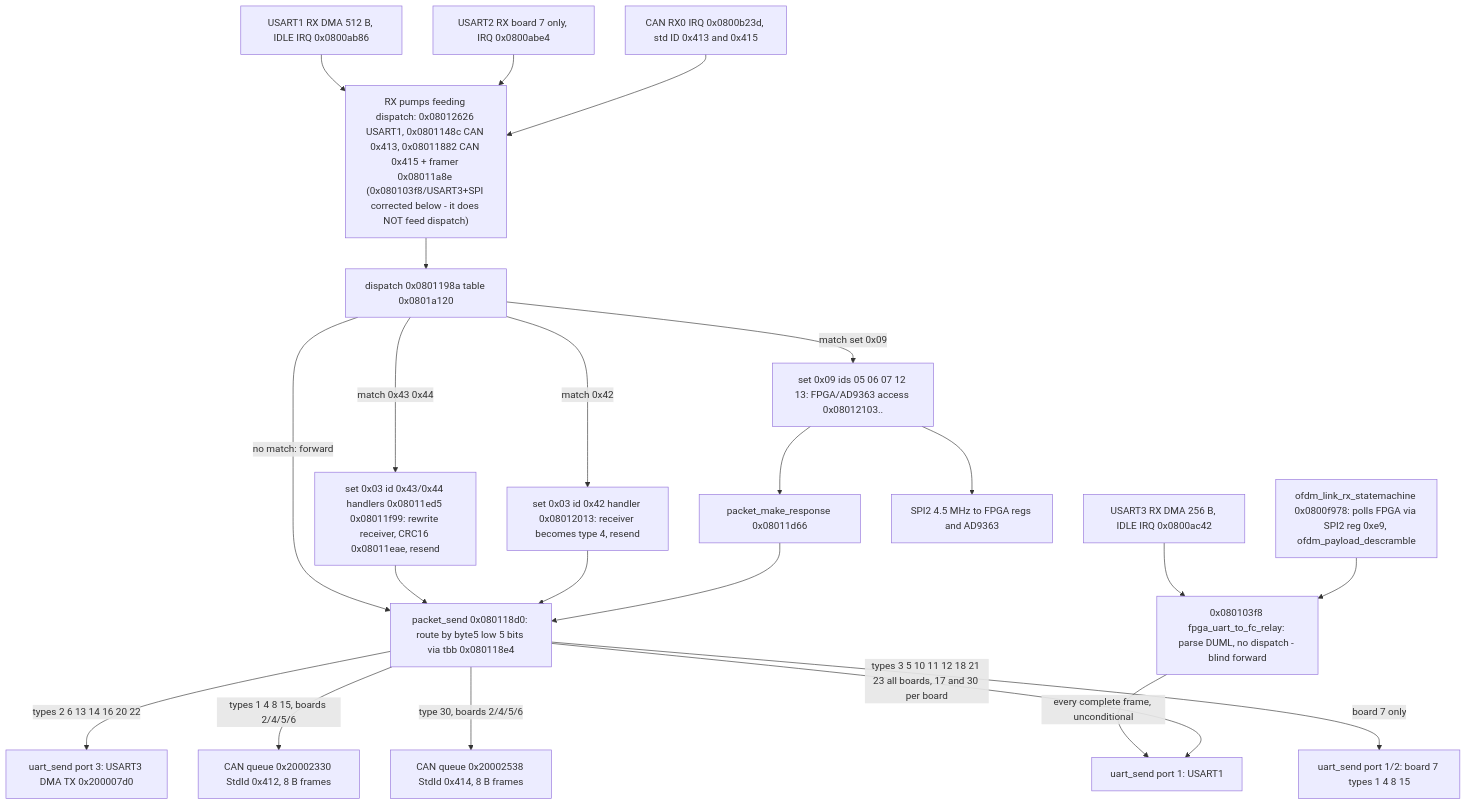
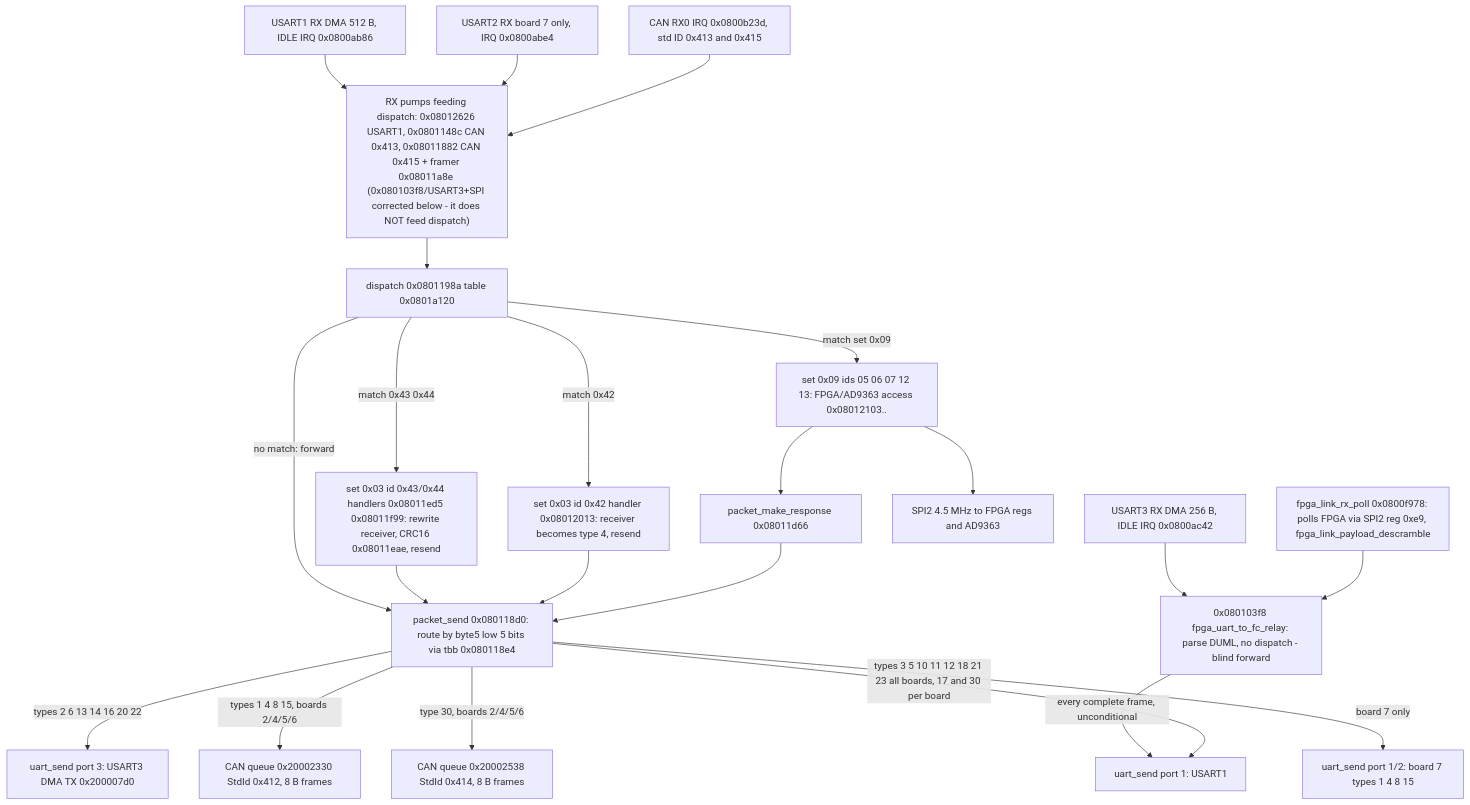
One commit to awto-au/awto-dji changed the second of 4 diagrams in docs/dataflow.md. Above: the diagram before and after it, drawn with Mermaid. The commit also changed other lines of this file and 4 other files, not shown here.

Commit message:
docs: rename m0900 ofdm_link_rx_statemachine/ofdm_payload_descramble to fpga_link_* (#85)

````diff
--- a/docs/dataflow.md
+++ b/docs/dataflow.md
@@ -130,44 +130,44 @@
 ```mermaid
 flowchart TD
   U1["USART1 RX DMA 512 B, IDLE IRQ 0x0800ab86"]
   U3["USART3 RX DMA 256 B, IDLE IRQ 0x0800ac42"]
   U2["USART2 RX board 7 only, IRQ 0x0800abe4"]
   CANRX["CAN RX0 IRQ 0x0800b23d, std ID 0x413 and 0x415"]
   PUMP["RX pumps feeding dispatch: 0x08012626 USART1, 0x0801148c CAN 0x413, 0x08011882 CAN 0x415 + framer 0x08011a8e (0x080103f8/USART3+SPI corrected below - it does NOT feed dispatch)"]
   DISP["dispatch 0x0801198a table 0x0801a120"]
   H43["set 0x03 id 0x43/0x44 handlers 0x08011ed5 0x08011f99: rewrite receiver, CRC16 0x08011eae, resend"]
   H42["set 0x03 id 0x42 handler 0x08012013: receiver becomes type 4, resend"]
   H09["set 0x09 ids 05 06 07 12 13: FPGA/AD9363 access 0x08012103.."]
   RESP["packet_make_response 0x08011d66"]
   PS["packet_send 0x080118d0: route by byte5 low 5 bits via tbb 0x080118e4"]
   O3["uart_send port 3: USART3 DMA TX 0x200007d0"]
   OCAN["CAN queue 0x20002330 StdId 0x412, 8 B frames"]
   OCAN2["CAN queue 0x20002538 StdId 0x414, 8 B frames"]
   O1["uart_send port 1: USART1"]
   O12["uart_send port 1/2: board 7 types 1 4 8 15"]
   SPI["SPI2 4.5 MHz to FPGA regs and AD9363"]
 
   U1 --> PUMP
   U2 --> PUMP
   CANRX --> PUMP
   U3 --> RELAY
-  OFDMRX["ofdm_link_rx_statemachine 0x0800f978: polls FPGA via SPI2 reg 0xe9, ofdm_payload_descramble"]
+  OFDMRX["fpga_link_rx_poll 0x0800f978: polls FPGA via SPI2 reg 0xe9, fpga_link_payload_descramble"]
   OFDMRX --> RELAY
   RELAY["0x080103f8 fpga_uart_to_fc_relay: parse DUML, no dispatch - blind forward"]
   RELAY -->|"every complete frame, unconditional"| O1
   PUMP --> DISP
   DISP -->|"match 0x43 0x44"| H43
   DISP -->|"match 0x42"| H42
   DISP -->|"match set 0x09"| H09
   DISP -->|"no match: forward"| PS
   H43 --> PS
   H42 --> PS
   H09 --> SPI
   H09 --> RESP
   RESP --> PS
   PS -->|"types 2 6 13 14 16 20 22"| O3
   PS -->|"types 1 4 8 15, boards 2/4/5/6"| OCAN
   PS -->|"type 30, boards 2/4/5/6"| OCAN2
   PS -->|"types 3 5 10 11 12 18 21 23 all boards, 17 and 30 per board"| O1
   PS -->|"board 7 only"| O12
 ```
````
